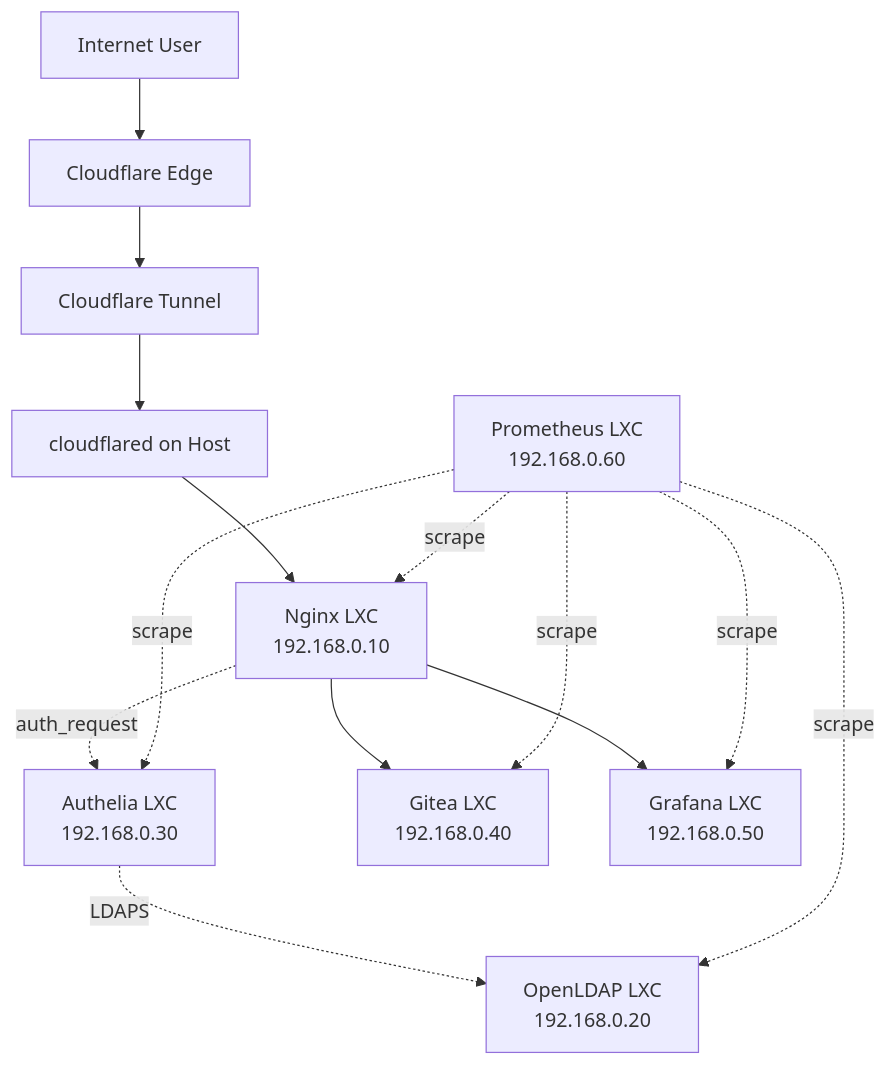
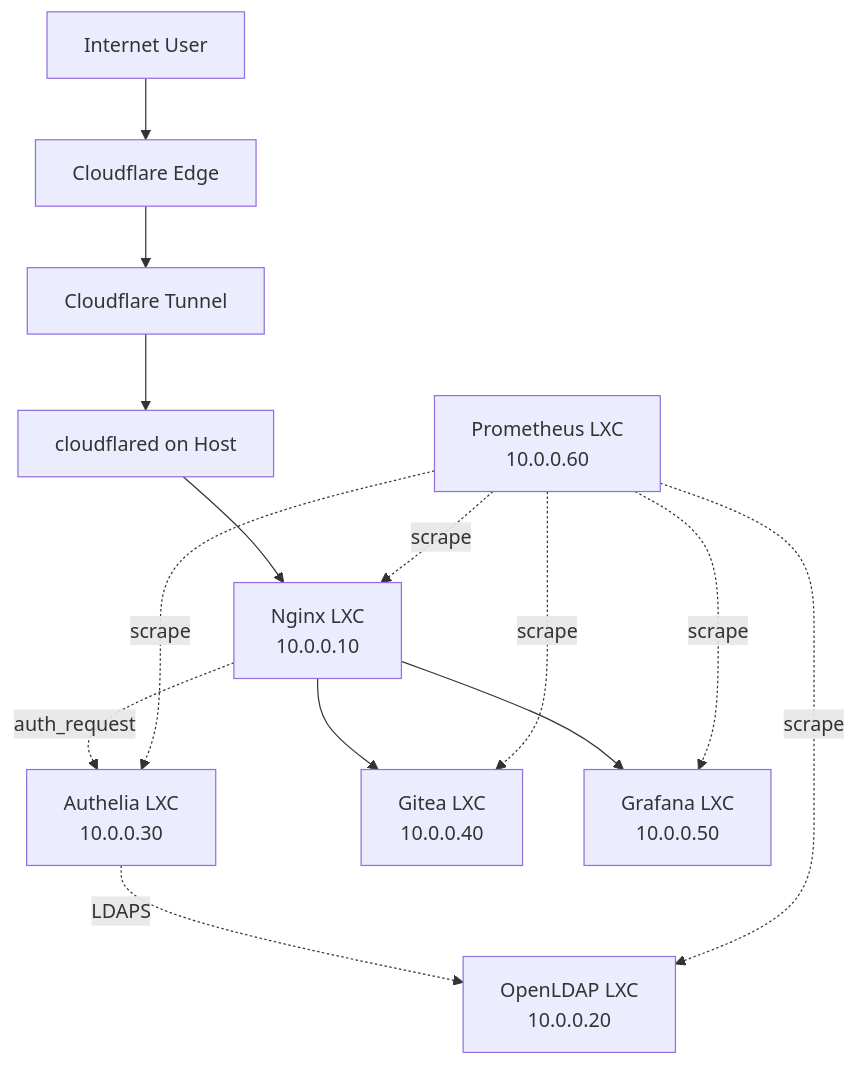
Before and after one commit to dmaljkovic/proxmox-homelab: the diagram in README.md, drawn with Mermaid. The commit also changed other lines of this file and 10 other files, not shown here.

````diff
--- a/README.md
+++ b/README.md
@@ -11,16 +11,16 @@
 ```mermaid
 graph TB
     User[Internet User] --> CF[Cloudflare Edge]
     CF --> Tunnel[Cloudflare Tunnel]
     Tunnel --> CFD[cloudflared on Host]
-    CFD --> Nginx[Nginx LXC<br/>192.168.0.10]
-    Nginx -.->|auth_request| Authelia[Authelia LXC<br/>192.168.0.30]
-    Authelia -.->|LDAPS| LDAP[OpenLDAP LXC<br/>192.168.0.20]
-    Nginx --> Gitea[Gitea LXC<br/>192.168.0.40]
-    Nginx --> Grafana[Grafana LXC<br/>192.168.0.50]
-    Prom[Prometheus LXC<br/>192.168.0.60] -.->|scrape| Nginx
+    CFD --> Nginx[Nginx LXC<br/>10.0.0.10]
+    Nginx -.->|auth_request| Authelia[Authelia LXC<br/>10.0.0.30]
+    Authelia -.->|LDAPS| LDAP[OpenLDAP LXC<br/>10.0.0.20]
+    Nginx --> Gitea[Gitea LXC<br/>10.0.0.40]
+    Nginx --> Grafana[Grafana LXC<br/>10.0.0.50]
+    Prom[Prometheus LXC<br/>10.0.0.60] -.->|scrape| Nginx
     Prom -.->|scrape| Gitea
     Prom -.->|scrape| Grafana
     Prom -.->|scrape| Authelia
     Prom -.->|scrape| LDAP
 ```
````
